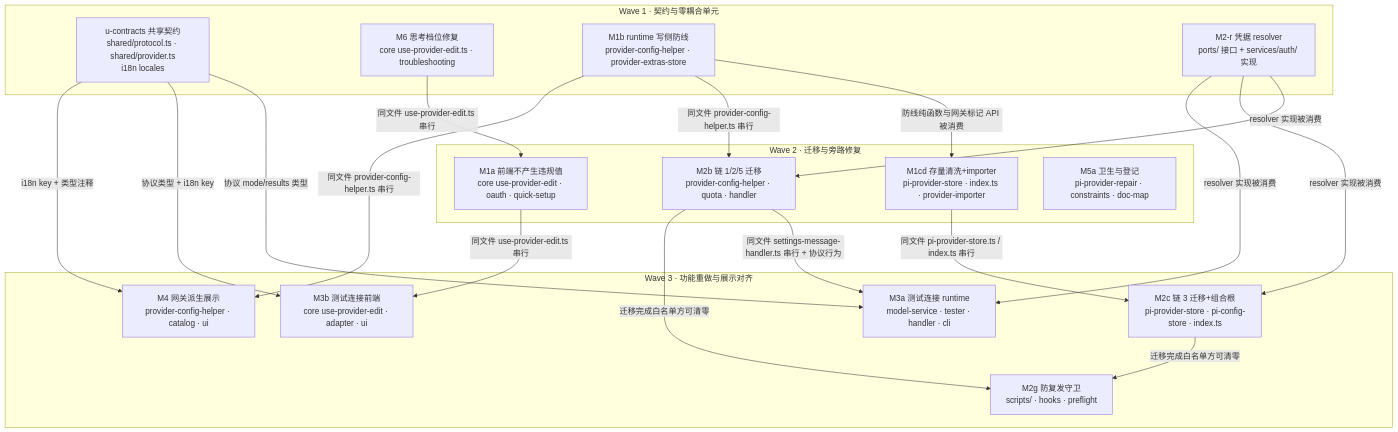
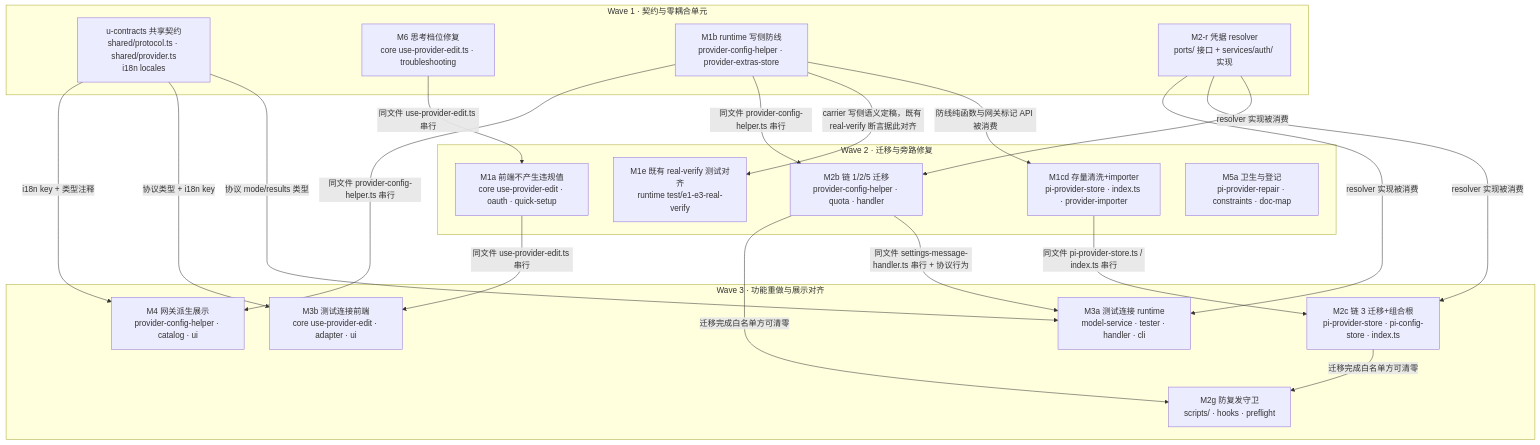
One commit to zhushanwen321/xyz-agent changed the diagram in docs/design/catalog-provider-field-authority.impl-plan.md. Above: the diagram before and after it, drawn with Mermaid. The commit also changed other lines of this file, not shown here.

Commit message:
docs(impl-plan): add unit M1e (real-verify test alignment) + M1b round-3 status

````diff
--- a/docs/design/catalog-provider-field-authority.impl-plan.md
+++ b/docs/design/catalog-provider-field-authority.impl-plan.md
@@ -64,37 +65,39 @@
 ```mermaid
 graph TD
   subgraph W1[Wave 1 · 契约与零耦合单元]
     U0["u-contracts 共享契约<br/>shared/protocol.ts · shared/provider.ts<br/>i18n locales"]
     U6["M6 思考档位修复<br/>core use-provider-edit.ts · troubleshooting"]
     U1B["M1b runtime 写侧防线<br/>provider-config-helper · provider-extras-store"]
     U2R["M2-r 凭据 resolver<br/>ports/ 接口 + services/auth/ 实现"]
   end
   subgraph W2[Wave 2 · 迁移与旁路修复]
     U1A["M1a 前端不产生违规值<br/>core use-provider-edit · oauth · quick-setup"]
     U1CD["M1cd 存量清洗+importer<br/>pi-provider-store · index.ts · provider-importer"]
+    U1E["M1e 既有 real-verify 测试对齐<br/>runtime test/e1-e3-real-verify"]
     U2B["M2b 链 1/2/5 迁移<br/>provider-config-helper · quota · handler"]
     U5A["M5a 卫生与登记<br/>pi-provider-repair · constraints · doc-map"]
   end
   subgraph W3[Wave 3 · 功能重做与展示对齐]
     U2C["M2c 链 3 迁移+组合根<br/>pi-provider-store · pi-config-store · index.ts"]
     U2G["M2g 防复发守卫<br/>scripts/ · hooks · preflight"]
     U3A["M3a 测试连接 runtime<br/>model-service · tester · handler · cli"]
     U3B["M3b 测试连接前端<br/>core use-provider-edit · adapter · ui"]
     U4["M4 网关派生展示<br/>provider-config-helper · catalog · ui"]
   end
   U0 -->|"协议 mode/results 类型"| U3A
   U0 -->|"协议类型 + i18n key"| U3B
   U0 -->|"i18n key + 类型注释"| U4
   U6 -->|"同文件 use-provider-edit.ts 串行"| U1A
   U1B -->|"防线纯函数与网关标记 API 被消费"| U1CD
+  U1B -->|"carrier 写侧语义定稿，既有 real-verify 断言据此对齐"| U1E
   U1B -->|"同文件 provider-config-helper.ts 串行"| U2B
   U1B -->|"同文件 provider-config-helper.ts 串行"| U4
   U1CD -->|"同文件 pi-provider-store.ts / index.ts 串行"| U2C
   U2R -->|"resolver 实现被消费"| U2B
   U2R -->|"resolver 实现被消费"| U2C
   U2R -->|"resolver 实现被消费"| U3A
   U2B -->|"同文件 settings-message-handler.ts 串行 + 协议行为"| U3A
   U2B -->|"迁移完成白名单方可清零"| U2G
   U2C -->|"迁移完成白名单方可清零"| U2G
   U1A -->|"同文件 use-provider-edit.ts 串行"| U3B
 ```
````
